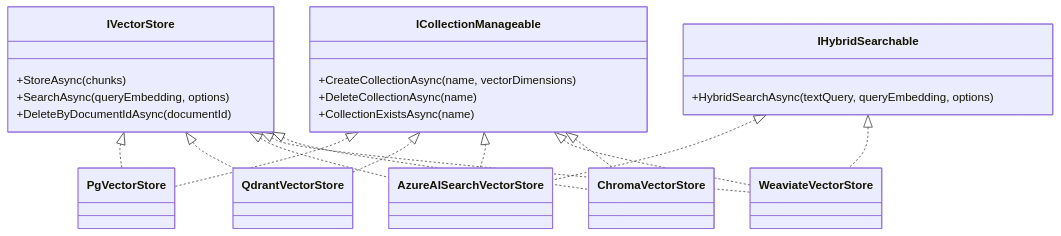
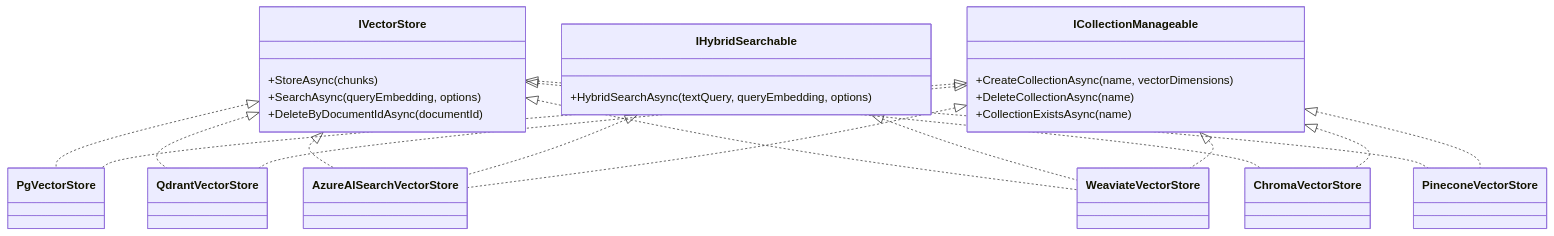
The diagram in docs/guide/vector-stores.md (MarcelRoozekrans/Rag.NET), drawn with Mermaid before and after one commit. The commit also changed other lines of this file and 2 other files, not shown here.

First line of the commit message:
docs(vector-stores): Pinecone guide section; tick feature

````diff
--- a/docs/guide/vector-stores.md
+++ b/docs/guide/vector-stores.md
@@ -27,38 +27,42 @@
 ```mermaid
 classDiagram
     class IVectorStore {
         +StoreAsync(chunks)
         +SearchAsync(queryEmbedding, options)
         +DeleteByDocumentIdAsync(documentId)
     }
     class IHybridSearchable {
         +HybridSearchAsync(textQuery, queryEmbedding, options)
     }
     class ICollectionManageable {
         +CreateCollectionAsync(name, vectorDimensions)
         +DeleteCollectionAsync(name)
         +CollectionExistsAsync(name)
     }
     class PgVectorStore {
     }
     class QdrantVectorStore {
     }
     class AzureAISearchVectorStore {
     }
     class WeaviateVectorStore {
     }
     class ChromaVectorStore {
     }
+    class PineconeVectorStore {
+    }
     IVectorStore <|.. PgVectorStore
     ICollectionManageable <|.. PgVectorStore
     IVectorStore <|.. QdrantVectorStore
     ICollectionManageable <|.. QdrantVectorStore
     IVectorStore <|.. AzureAISearchVectorStore
     IHybridSearchable <|.. AzureAISearchVectorStore
     ICollectionManageable <|.. AzureAISearchVectorStore
     IVectorStore <|.. WeaviateVectorStore
     IHybridSearchable <|.. WeaviateVectorStore
     ICollectionManageable <|.. WeaviateVectorStore
     IVectorStore <|.. ChromaVectorStore
     ICollectionManageable <|.. ChromaVectorStore
+    IVectorStore <|.. PineconeVectorStore
+    ICollectionManageable <|.. PineconeVectorStore
 ```
````
